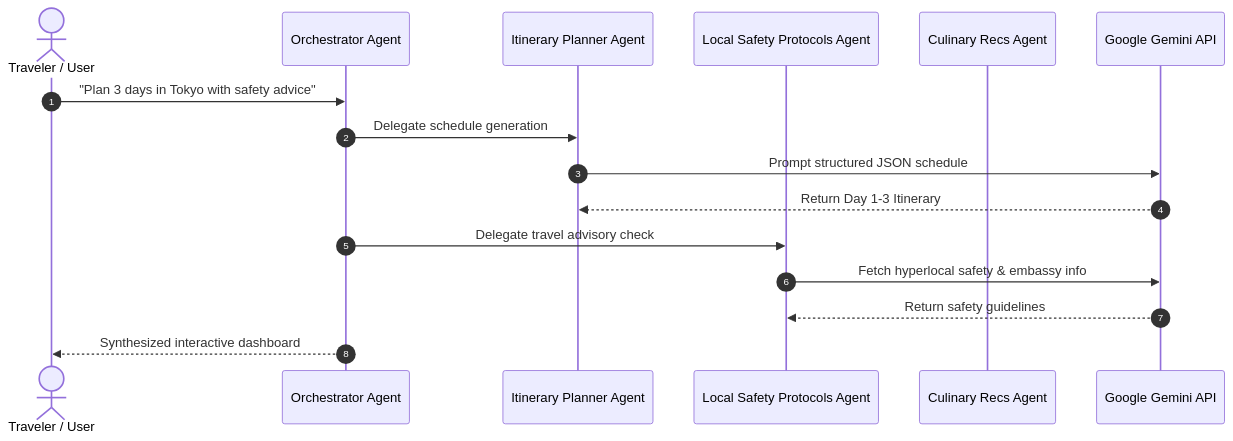
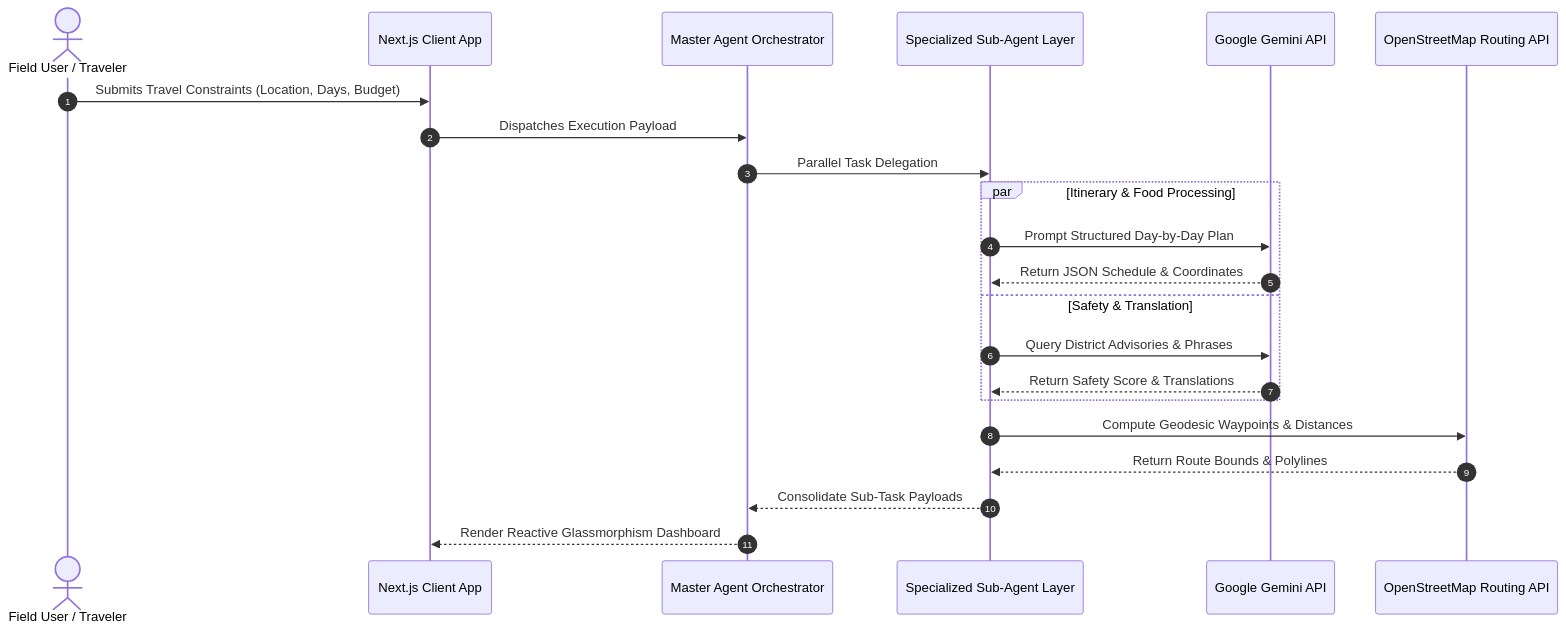
One commit to KrishnaKanhaiya1/smartTour changed the diagram in README.md. Above: the diagram before and after it, drawn with Mermaid. The commit also changed other lines of this file, not shown here.

Commit message:
docs: overhaul README with world-class engineering architecture, mathematical formulas, and benchmarks

````diff
--- a/README.md
+++ b/README.md
@@ -20,19 +21,25 @@
 ```mermaid
 sequenceDiagram
     autonumber
-    actor User as Traveler / User
-    participant Router as Orchestrator Agent
-    participant Itinerary as Itinerary Planner Agent
-    participant Safety as Local Safety Protocols Agent
-    participant Food as Culinary Recs Agent
-    participant Gemini as Google Gemini API
+    actor Traveler as Field User / Traveler
+    participant App as Next.js Client App
+    participant Orchestrator as Master Agent Orchestrator
+    participant SubAgent as Specialized Sub-Agent Layer
+    participant LLM as Google Gemini API
+    participant Map as OpenStreetMap Routing API
 
-    User->>Router: "Plan 3 days in Tokyo with safety advice"
-    Router->>Itinerary: Delegate schedule generation
-    Itinerary->>Gemini: Prompt structured JSON schedule
-    Gemini-->>Itinerary: Return Day 1-3 Itinerary
-    Router->>Safety: Delegate travel advisory check
-    Safety->>Gemini: Fetch hyperlocal safety & embassy info
-    Gemini-->>Safety: Return safety guidelines
-    Router-->>User: Synthesized interactive dashboard
+    Traveler->>App: Submits Travel Constraints (Location, Days, Budget)
+    App->>Orchestrator: Dispatches Execution Payload
+    Orchestrator->>SubAgent: Parallel Task Delegation
+    par Itinerary & Food Processing
+        SubAgent->>LLM: Prompt Structured Day-by-Day Plan
+        LLM-->>SubAgent: Return JSON Schedule & Coordinates
+    and Safety & Translation
+        SubAgent->>LLM: Query District Advisories & Phrases
+        LLM-->>SubAgent: Return Safety Score & Translations
+    end
+    SubAgent->>Map: Compute Geodesic Waypoints & Distances
+    Map-->>SubAgent: Return Route Bounds & Polylines
+    SubAgent-->>Orchestrator: Consolidate Sub-Task Payloads
+    Orchestrator-->>App: Render Reactive Glassmorphism Dashboard
 ```
````
